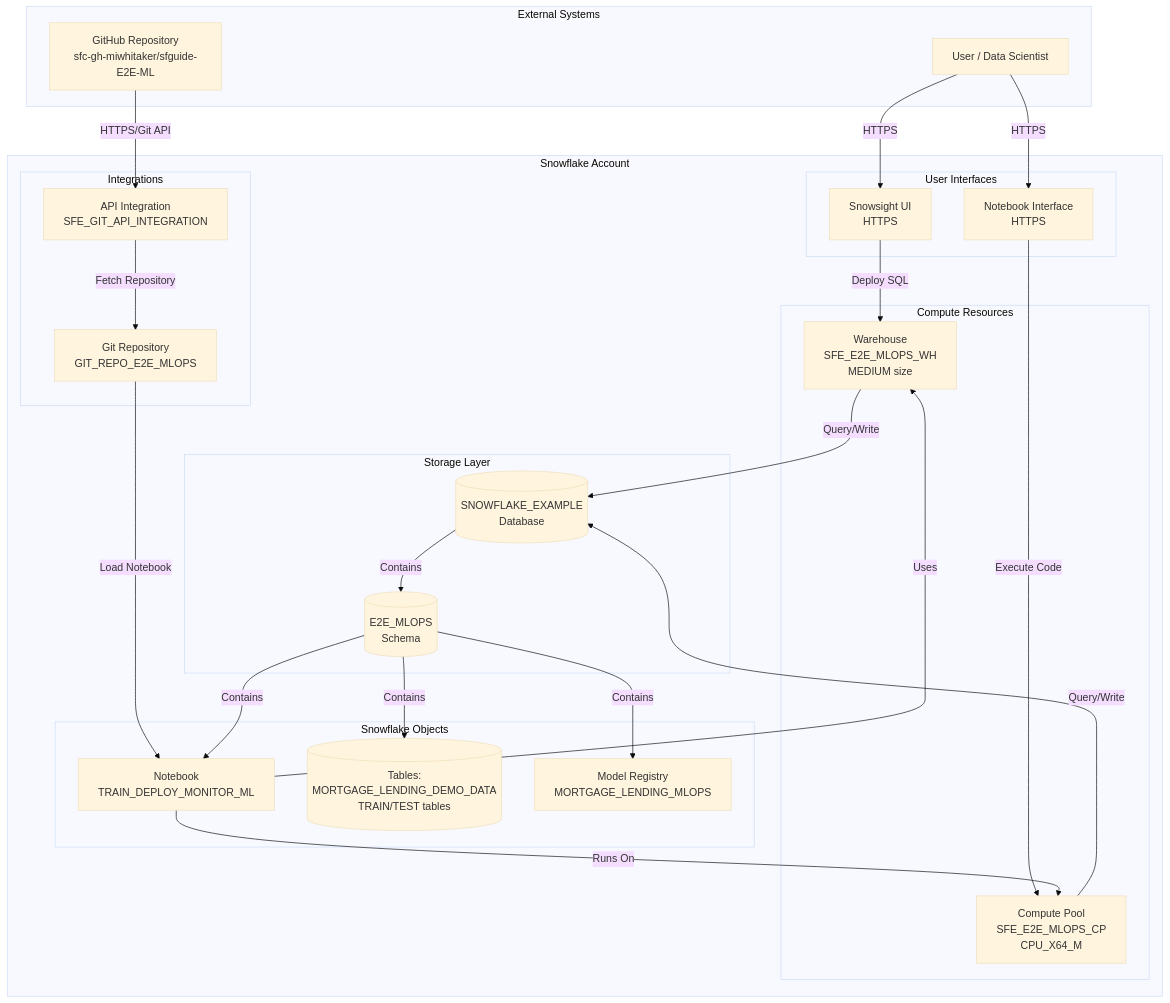
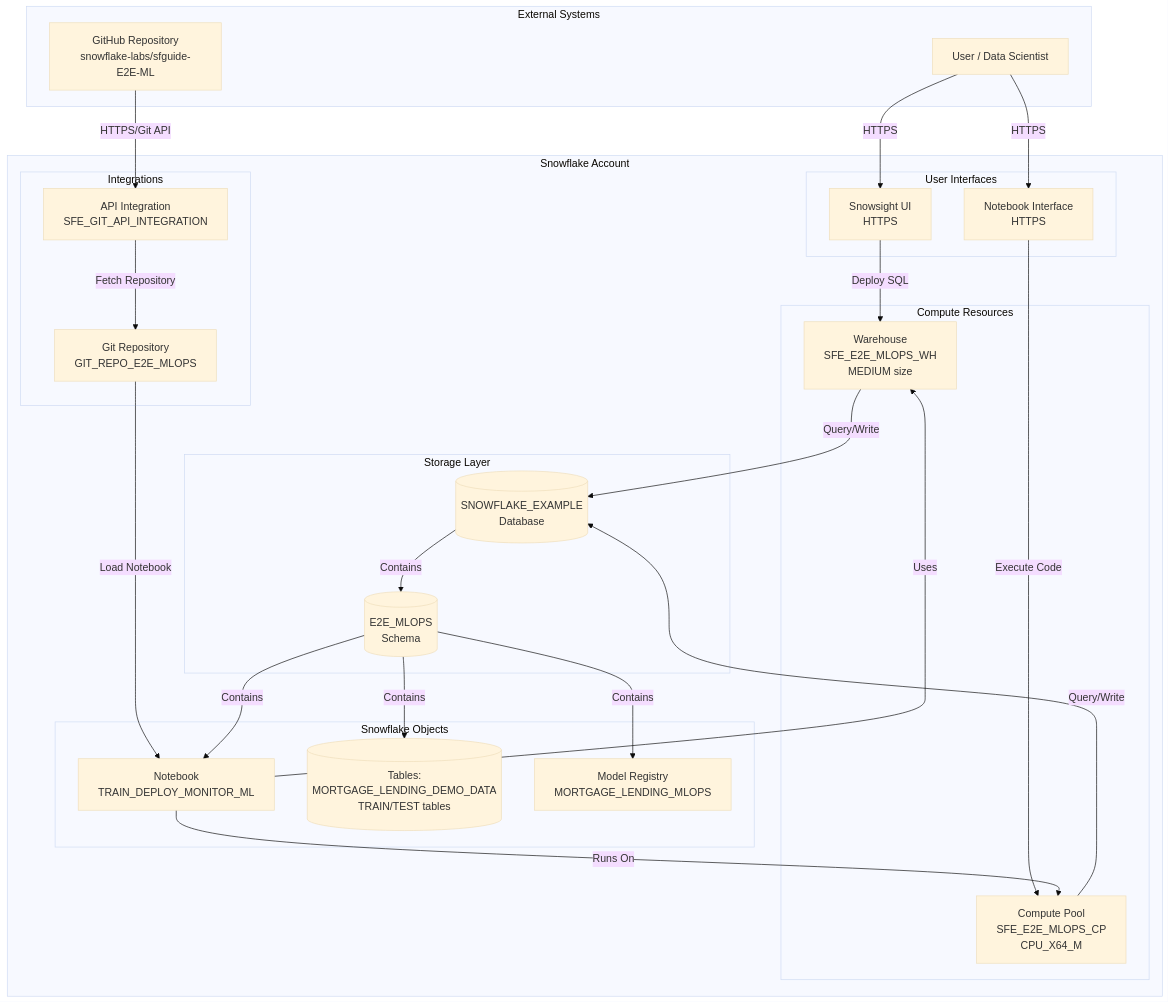
Before and after one commit to sfc-gh-miwhitaker/sfguide-E2E-ML: the diagram in diagrams/network-flow.md, drawn with Mermaid (base theme). The commit also changed other lines of this file and 11 other files, not shown here.

````diff
--- a/diagrams/network-flow.md
+++ b/diagrams/network-flow.md
@@ -14,54 +14,54 @@
 ```mermaid
 graph TB
     subgraph External [External Systems]
         User[User / Data Scientist]
-        GitHub[GitHub Repository<br/>sfc-gh-miwhitaker/sfguide-E2E-ML]
+        GitHub[GitHub Repository<br/>snowflake-labs/sfguide-E2E-ML]
     end
-    
+
     subgraph SnowflakeAccount [Snowflake Account]
         subgraph Interfaces [User Interfaces]
             Snowsight[Snowsight UI<br/>HTTPS]
             NotebookUI[Notebook Interface<br/>HTTPS]
         end
-        
+
         subgraph Compute [Compute Resources]
             WH[Warehouse<br/>SFE_E2E_MLOPS_WH<br/>MEDIUM size]
             CP[Compute Pool<br/>SFE_E2E_MLOPS_CP<br/>CPU_X64_M]
         end
-        
+
         subgraph Integration [Integrations]
             GitInt[API Integration<br/>SFE_GIT_API_INTEGRATION]
             GitRepo[Git Repository<br/>GIT_REPO_E2E_MLOPS]
         end
-        
+
         subgraph Storage [Storage Layer]
             DB[(SNOWFLAKE_EXAMPLE<br/>Database)]
             Schema[(E2E_MLOPS<br/>Schema)]
         end
-        
+
         subgraph Objects [Snowflake Objects]
             Notebook[Notebook<br/>TRAIN_DEPLOY_MONITOR_ML]
             Tables[(Tables:<br/>MORTGAGE_LENDING_DEMO_DATA<br/>TRAIN/TEST tables)]
             Registry[Model Registry<br/>MORTGAGE_LENDING_MLOPS]
         end
     end
-    
+
     User -->|HTTPS| Snowsight
     User -->|HTTPS| NotebookUI
     Snowsight -->|Deploy SQL| WH
     NotebookUI -->|Execute Code| CP
-    
+
     GitHub -->|HTTPS/Git API| GitInt
     GitInt -->|Fetch Repository| GitRepo
     GitRepo -->|Load Notebook| Notebook
-    
+
     WH -->|Query/Write| DB
     CP -->|Query/Write| DB
     DB -->|Contains| Schema
     Schema -->|Contains| Tables
     Schema -->|Contains| Notebook
     Schema -->|Contains| Registry
-    
+
     Notebook -->|Uses| WH
     Notebook -->|Runs On| CP
 ```
````
